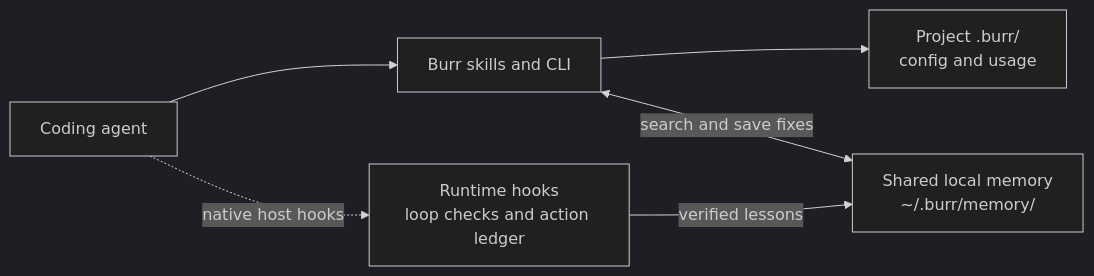
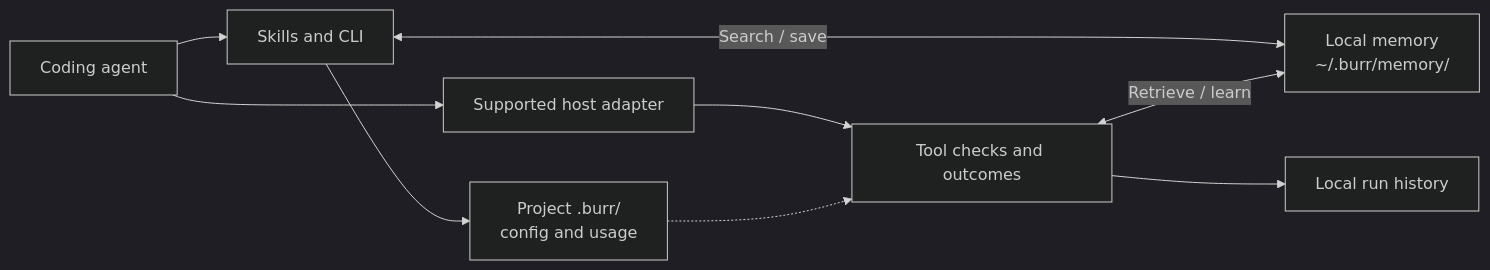
Before and after one commit to sansynx/burr-memory: the diagram in README.md, drawn with Mermaid (dark theme). The commit also changed other lines of this file and 60 other files, not shown here.

Commit message:
Harden local memory and host integrations with verified workflows

````diff
--- a/README.md
+++ b/README.md
@@ -65,8 +66,11 @@
 ```mermaid
 flowchart LR
-    Agent["Coding agent"] --> Burr["Burr skills and CLI"]
-    Burr --> Project["Project .burr/<br/>config and usage"]
-    Burr <-->|"search and save fixes"| Memory["Shared local memory<br/>~/.burr/memory/"]
-    Agent -.->|"native host hooks"| Runtime["Runtime hooks<br/>loop checks and action ledger"]
-    Runtime -->|"verified lessons"| Memory
+    Agent["Coding agent"] --> CLI["Skills and CLI"]
+    Agent --> Host["Supported host adapter"]
+    CLI <-->|"Search / save"| Memory["Local memory<br/>~/.burr/memory/"]
+    Host --> Runtime["Tool checks and outcomes"]
+    Runtime --> Runs["Local run history"]
+    Runtime <-->|"Retrieve / learn"| Memory
+    CLI --> Project["Project .burr/<br/>config and usage"]
+    Project -.-> Runtime
 ```
````
